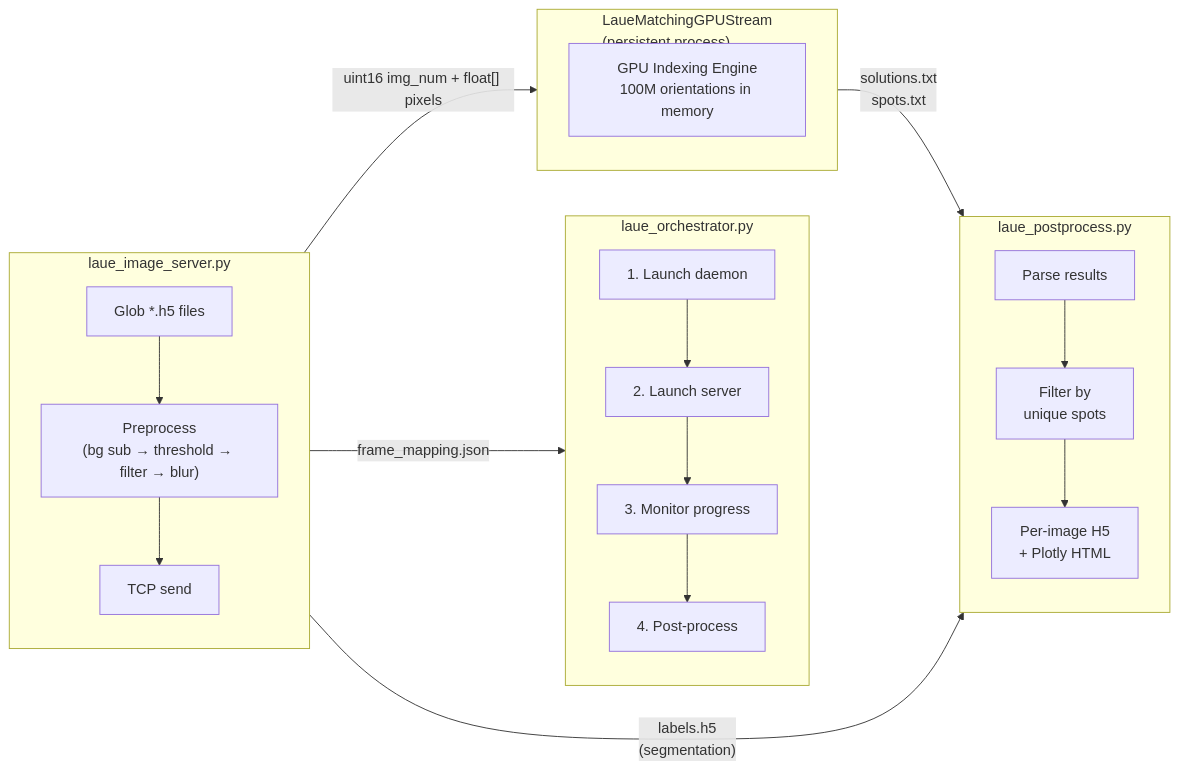
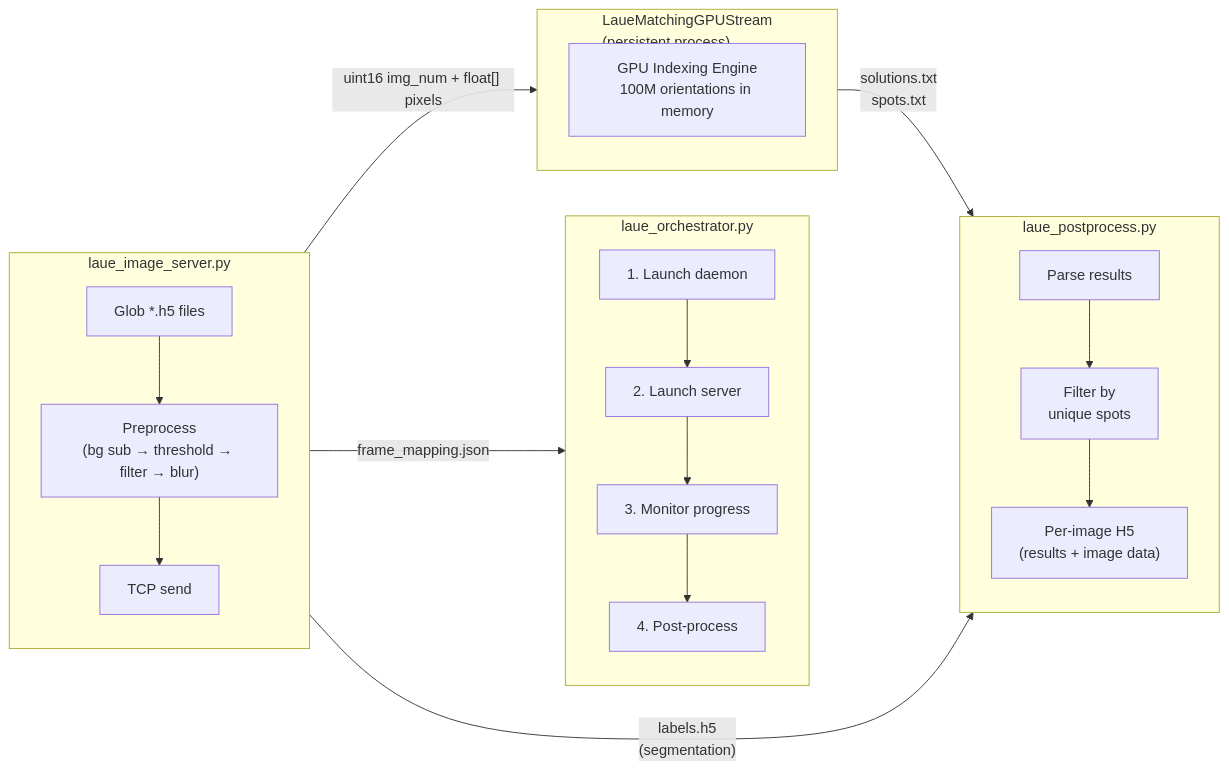
The second of 2 diagrams in README.md (AdvancedPhotonSource/LaueMatching), drawn with Mermaid before and after one commit. The commit also changed other lines of this file and 4 other files, not shown here.

````diff
--- a/README.md
+++ b/README.md
@@ -71,30 +71,30 @@
 ```mermaid
 flowchart LR
     subgraph Orchestrator ["laue_orchestrator.py"]
         direction TB
         S1["1. Launch daemon"]
         S2["2. Launch server"]
         S3["3. Monitor progress"]
         S4["4. Post-process"]
         S1 --> S2 --> S3 --> S4
     end
 
     subgraph Daemon ["LaueMatchingGPUStream<br/>(persistent process)"]
         GPU["GPU Indexing Engine<br/>100M orientations in memory"]
     end
 
     subgraph Server ["laue_image_server.py"]
         direction TB
         H5["Glob *.h5 files"] --> Pre["Preprocess<br/>(bg sub → threshold → filter → blur)"] --> Send["TCP send"]
     end
 
     subgraph PostProc ["laue_postprocess.py"]
         direction TB
-        Parse["Parse results"] --> Filter["Filter by<br/>unique spots"] --> Out["Per-image H5<br/>+ Plotly HTML"]
+        Parse["Parse results"] --> Filter["Filter by<br/>unique spots"] --> Out["Per-image H5<br/>(results + image data)"]
     end
 
     Server -- "uint16 img_num + float[] pixels" --> Daemon
     Daemon -- "solutions.txt<br/>spots.txt" --> PostProc
     Server -- "frame_mapping.json" --> Orchestrator
     Server -- "labels.h5<br/>(segmentation)" --> PostProc
 ```
````
